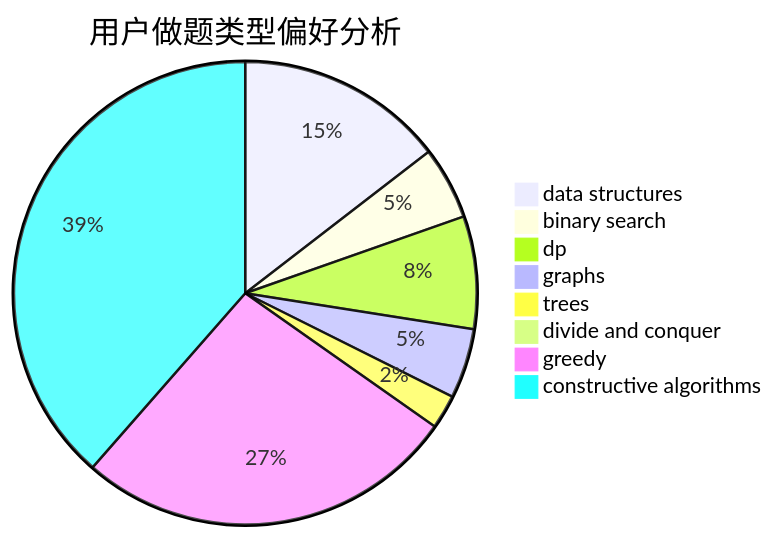
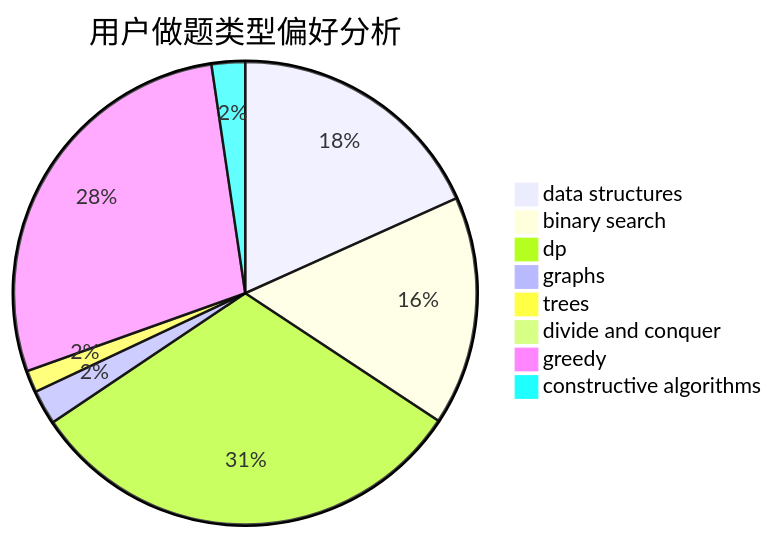
The second of 3 diagrams in docs/user/u1167.md (sherpahu/cfrs.github.io), drawn with Mermaid before and after one commit. The commit also changed other lines of this file and 2770 other files, not shown here.

````diff
--- a/docs/user/u1167.md
+++ b/docs/user/u1167.md
@@ -23,11 +23,11 @@
 ```mermaid
 pie title 用户做题类型偏好分析
-    "data structures" :  146
-    "binary search" :  51
-    "dp" :  79
-    "graphs" :  49
-    "trees" :  24
-    "divide and conquer" :  0
-    "greedy" :  268
-    "constructive algorithms" :  387
+    "data structures" :  453
+    "binary search" :  397
+    "dp" :  776
+    "graphs" :  60
+    "trees" :  38
+    "divide and conquer" :  4
+    "greedy" :  697
+    "constructive algorithms" :  58
 ```
````
